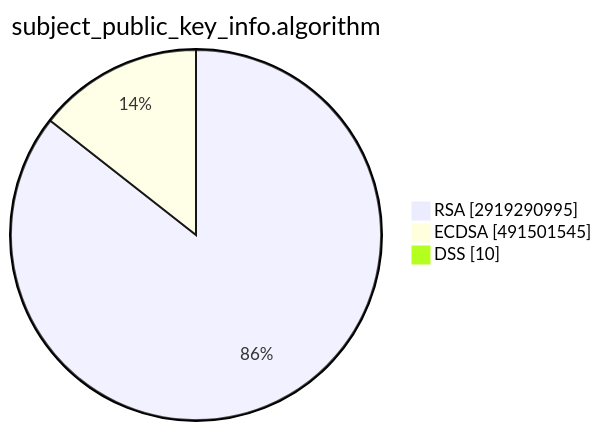
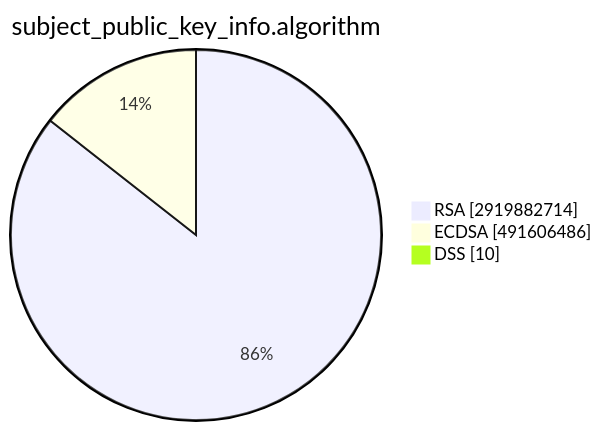
Before and after one commit to christiankrug/ctmonitor_visualization: the second of 15 diagrams in TOTAL/README.md, drawn with Mermaid. The commit also changed other lines of this file, not shown here.

````diff
--- a/TOTAL/README.md
+++ b/TOTAL/README.md
@@ -6,7 +6,7 @@
 ```mermaid
 pie showData
 title subject_public_key_info.algorithm
-"RSA" :2919290995
-"ECDSA" :491501545
+"RSA" :2919882714
+"ECDSA" :491606486
 "DSS" :10
 ```
````
